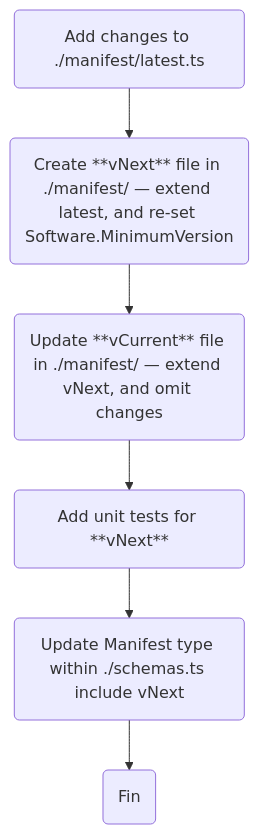
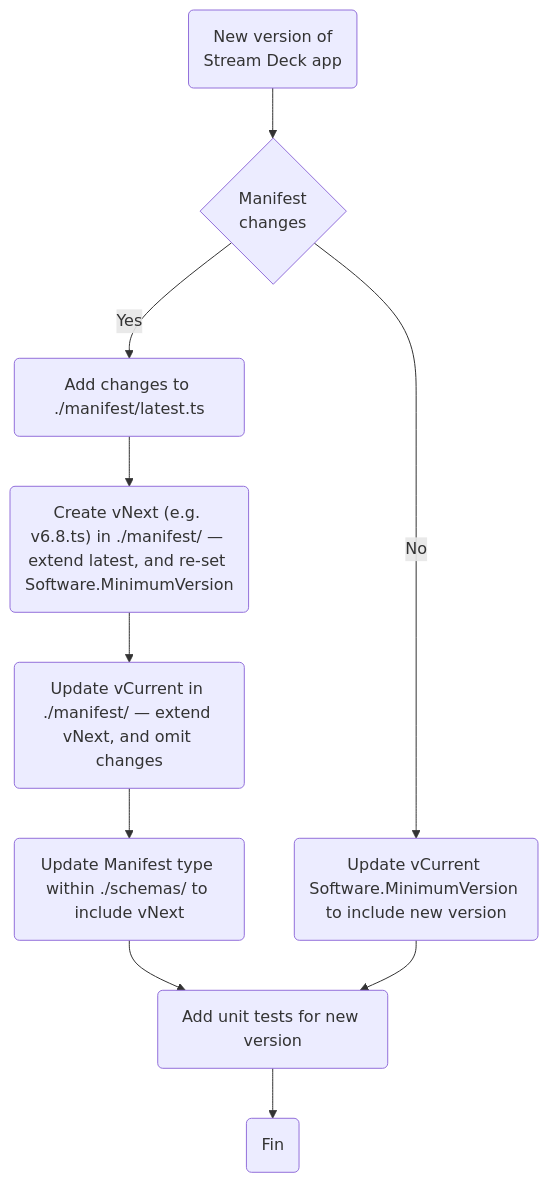
Before and after one commit to elgatosf/schemas: the second of 2 diagrams in src/streamdeck/plugins/README.md, drawn with Mermaid. The commit also changed other lines of this file and 8 other files, not shown here.

````diff
--- a/src/streamdeck/plugins/README.md
+++ b/src/streamdeck/plugins/README.md
@@ -75,9 +51,12 @@
 ```mermaid
 graph TD;
-    a("Add changes to ./manifest/latest.ts")-->b
-    b("Create **vNext** file in ./manifest/ — extend latest, and re-set Software.MinimumVersion")-->c;
-    c("Update **vCurrent** file in ./manifest/ — extend vNext, and omit changes")-->d;
-    d("Add unit tests for **vNext**")-->e
-    e("Update Manifest type within ./schemas.ts include vNext")-->z
-    z("Fin")
+  a("New version of<br />Stream Deck app")-->b
+  b{"Manifest<br />changes"}
+  b-->|Yes|y0("Add changes to ./manifest/latest.ts")
+  y0-->y1("Create vNext (e.g. v6.8.ts) in ./manifest/ — extend latest, and re-set Software.MinimumVersion")
+  y1-->y2("Update vCurrent in ./manifest/ — extend vNext, and omit changes")
+  y2-->y3("Update Manifest type within ./schemas/ to include vNext")-->z0
+  b-->|No|n("Update vCurrent Software.MinimumVersion to include new version")-->z0
+  z0("Add unit tests for new version")
+  z0-->z1("Fin")
 ```
````
